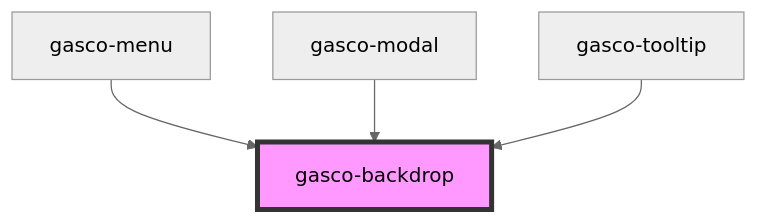
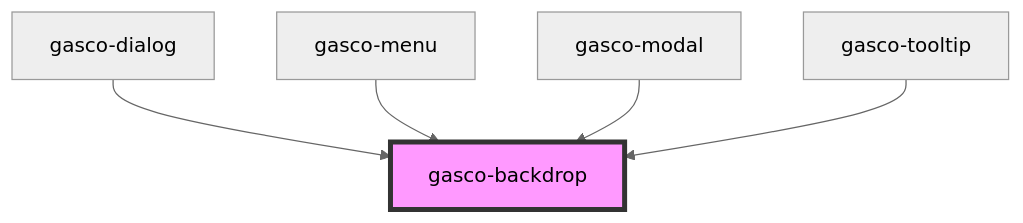
One commit to lac617a/gasco-core changed the diagram in core/src/components/gasco-backdrop/readme.md. Above: the diagram before and after it, drawn with Mermaid (neutral theme). The commit also changed other lines of this file and 34 other files, not shown here.

Commit message:
gasco-dialog ready

````diff
--- a/core/src/components/gasco-backdrop/readme.md
+++ b/core/src/components/gasco-backdrop/readme.md
@@ -33,7 +34,8 @@
 ```mermaid
 graph TD;
+  gasco-dialog --> gasco-backdrop
   gasco-menu --> gasco-backdrop
   gasco-modal --> gasco-backdrop
   gasco-tooltip --> gasco-backdrop
   style gasco-backdrop fill:#f9f,stroke:#333,stroke-width:4px
 ```
````
